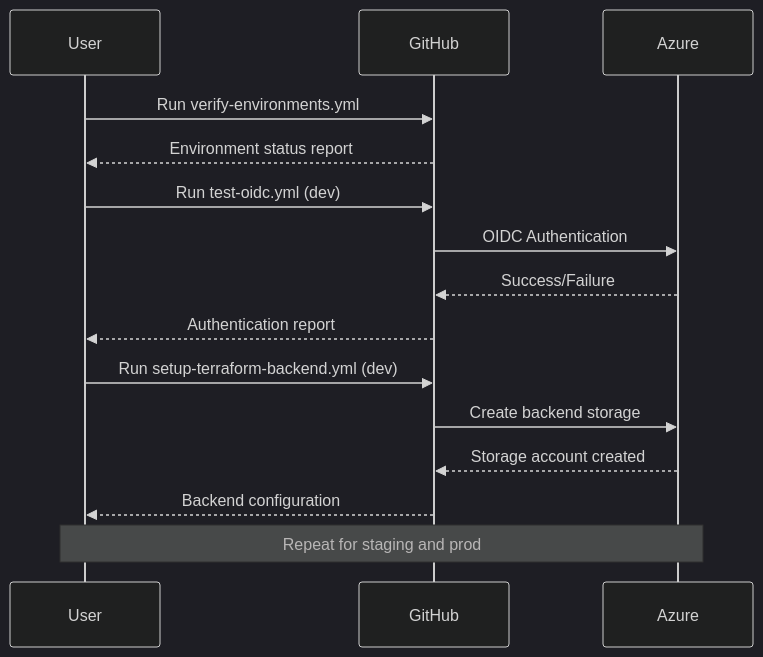
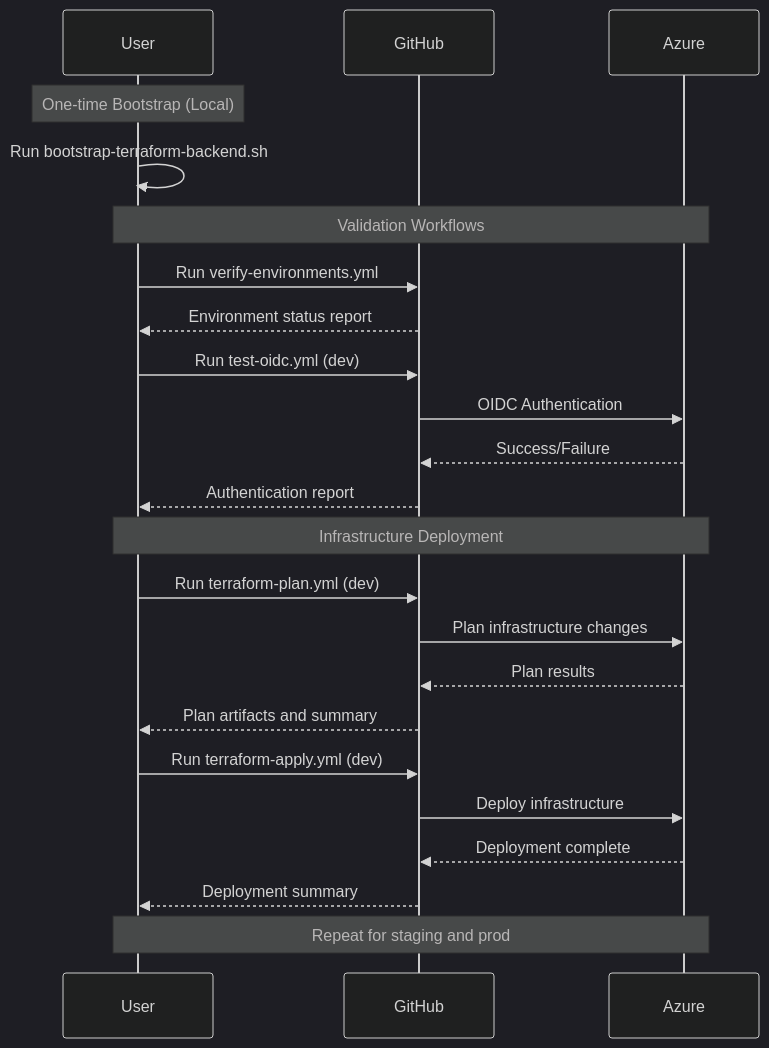
One commit to ckellywilson/aks-private changed the third of 4 diagrams in .github/workflows/README.md. Above: the diagram before and after it, drawn with Mermaid (dark theme). The commit also changed other lines of this file and 11 other files, not shown here.

````diff
--- a/.github/workflows/README.md
+++ b/.github/workflows/README.md
@@ -189,21 +311,31 @@
 ```mermaid
 sequenceDiagram
     participant User
     participant GitHub
     participant Azure
     
+    Note over User: One-time Bootstrap (Local)
+    User->>User: Run bootstrap-terraform-backend.sh
+    
+    Note over User,Azure: Validation Workflows
     User->>GitHub: Run verify-environments.yml
     GitHub-->>User: Environment status report
     
     User->>GitHub: Run test-oidc.yml (dev)
     GitHub->>Azure: OIDC Authentication
     Azure-->>GitHub: Success/Failure
     GitHub-->>User: Authentication report
     
-    User->>GitHub: Run setup-terraform-backend.yml (dev)
-    GitHub->>Azure: Create backend storage
-    Azure-->>GitHub: Storage account created
-    GitHub-->>User: Backend configuration
+    Note over User,Azure: Infrastructure Deployment
+    User->>GitHub: Run terraform-plan.yml (dev)
+    GitHub->>Azure: Plan infrastructure changes
+    Azure-->>GitHub: Plan results
+    GitHub-->>User: Plan artifacts and summary
+    
+    User->>GitHub: Run terraform-apply.yml (dev)
+    GitHub->>Azure: Deploy infrastructure
+    Azure-->>GitHub: Deployment complete
+    GitHub-->>User: Deployment summary
     
     Note over User,Azure: Repeat for staging and prod
 ```
````
